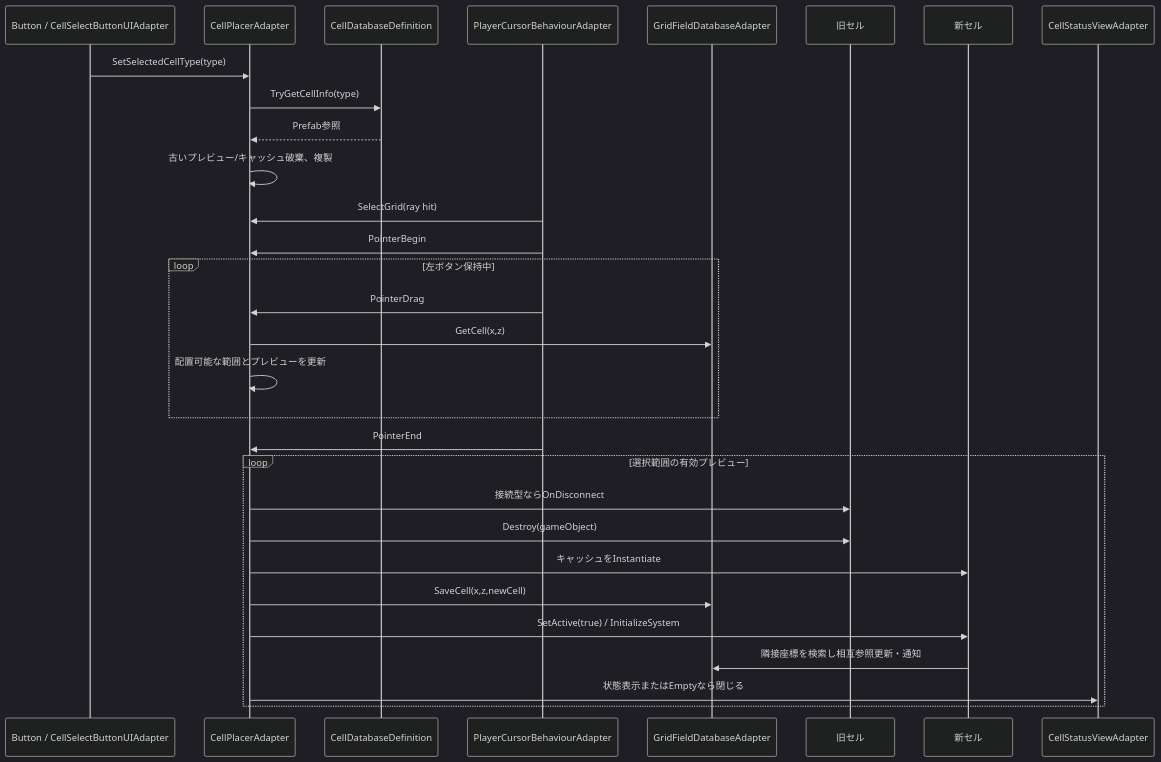
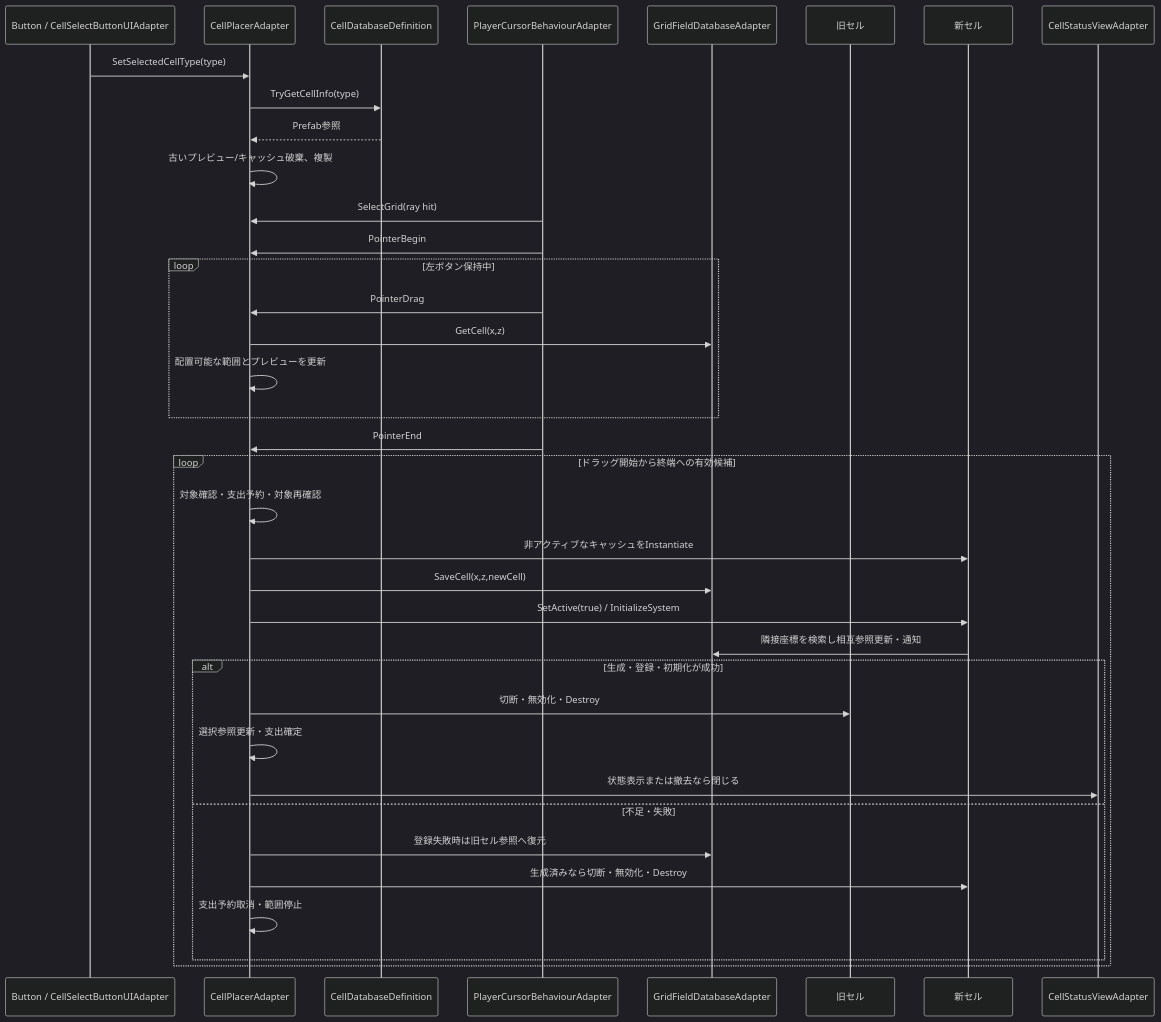
The second of 5 diagrams in docs/design/architecture-sequences.md (AoiTomiyama/FactoryGame), drawn with Mermaid (dark theme) before and after one commit. The commit also changed other lines of this file and 17 other files, not shown here.

````diff
--- a/docs/design/architecture-sequences.md
+++ b/docs/design/architecture-sequences.md
@@ -43,32 +43,39 @@
 ```mermaid
 sequenceDiagram
  participant B as Button / CellSelectButtonUIAdapter
  participant P as CellPlacerAdapter
  participant D as CellDatabaseDefinition
  participant I as PlayerCursorBehaviourAdapter
  participant F as GridFieldDatabaseAdapter
  participant O as 旧セル
  participant N as 新セル
  participant V as CellStatusViewAdapter
  B->>P: SetSelectedCellType(type)
  P->>D: TryGetCellInfo(type)
  D-->>P: Prefab参照
  P->>P: 古いプレビュー/キャッシュ破棄、複製
  I->>P: SelectGrid(ray hit)
  I->>P: PointerBegin
  loop 左ボタン保持中
   I->>P: PointerDrag
   P->>F: GetCell(x,z)
   P->>P: 配置可能な範囲とプレビューを更新
  end
  I->>P: PointerEnd
- loop 選択範囲の有効プレビュー
-  P->>O: 接続型ならOnDisconnect
-  P->>O: Destroy(gameObject)
-  P->>N: キャッシュをInstantiate
+ loop ドラッグ開始から終端への有効候補
+  P->>P: 対象確認・支出予約・対象再確認
+  P->>N: 非アクティブなキャッシュをInstantiate
   P->>F: SaveCell(x,z,newCell)
   P->>N: SetActive(true) / InitializeSystem
   N->>F: 隣接座標を検索し相互参照更新・通知
-  P->>V: 状態表示またはEmptyなら閉じる
+  alt 生成・登録・初期化が成功
+   P->>O: 切断・無効化・Destroy
+   P->>P: 選択参照更新・支出確定
+   P->>V: 状態表示または撤去なら閉じる
+  else 不足・失敗
+   P->>F: 登録失敗時は旧セル参照へ復元
+   P->>N: 生成済みなら切断・無効化・Destroy
+   P->>P: 支出予約取消・範囲停止
+  end
  end
 ```
````
